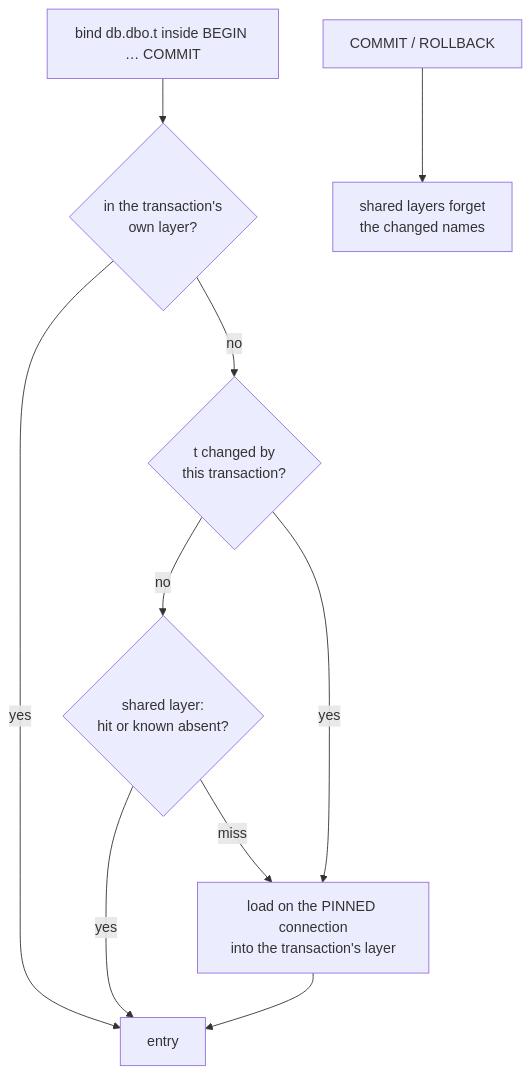
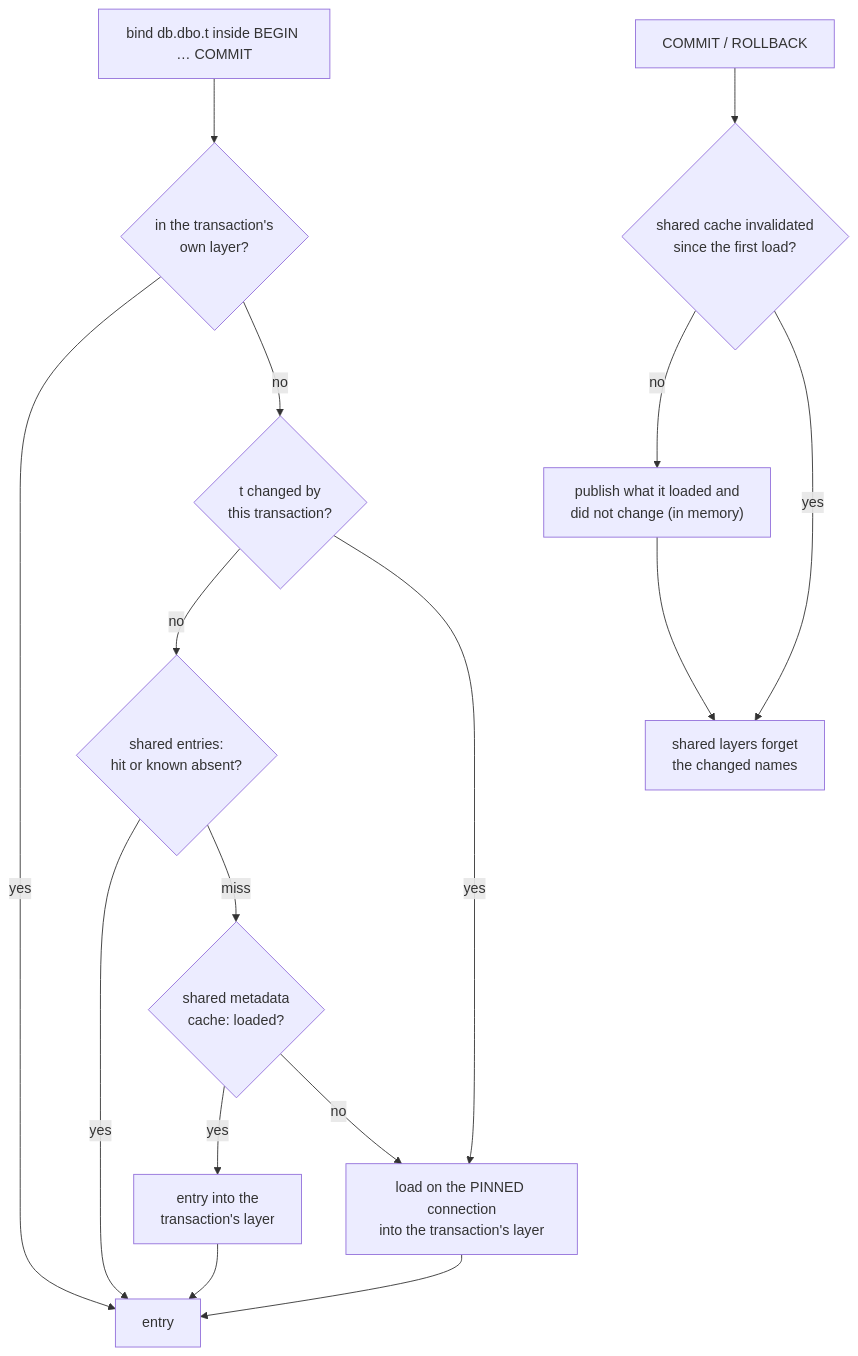
Before and after one commit to hugr-lab/mssql-extension: diagram 11 of 15 in DATAMODEL.md, drawn with Mermaid. The commit also changed other lines of this file and 24 other files, not shown here.

First line of the commit message:
feat(#383, #324): warm the shared cache after a transaction; open the pool in parallel, adopt the validation connection, preload at ATTACH (#386)

````diff
--- a/DATAMODEL.md
+++ b/DATAMODEL.md
@@ -521,12 +556,18 @@
 ```mermaid
 flowchart TD
     Q["bind db.dbo.t inside BEGIN … COMMIT"] --> L{"in the transaction's<br/>own layer?"}
     L -- yes --> E["entry"]
     L -- no --> C{"t changed by<br/>this transaction?"}
-    C -- no --> S{"shared layer:<br/>hit or known absent?"}
+    C -- no --> S{"shared entries:<br/>hit or known absent?"}
     S -- yes --> E
-    S -- miss --> P
+    S -- miss --> M{"shared metadata<br/>cache: loaded?"}
+    M -- yes --> T["entry into the<br/>transaction's layer"]
+    T --> E
+    M -- no --> P
     C -- yes --> P["load on the PINNED connection<br/>into the transaction's layer"]
     P --> E
-    X["COMMIT / ROLLBACK"] --> F["shared layers forget<br/>the changed names"]
+    X["COMMIT / ROLLBACK"] --> U{"shared cache invalidated<br/>since the first load?"}
+    U -- no --> G["publish what it loaded and<br/>did not change (in memory)"]
+    U -- yes --> F
+    G --> F["shared layers forget<br/>the changed names"]
 ```
````
